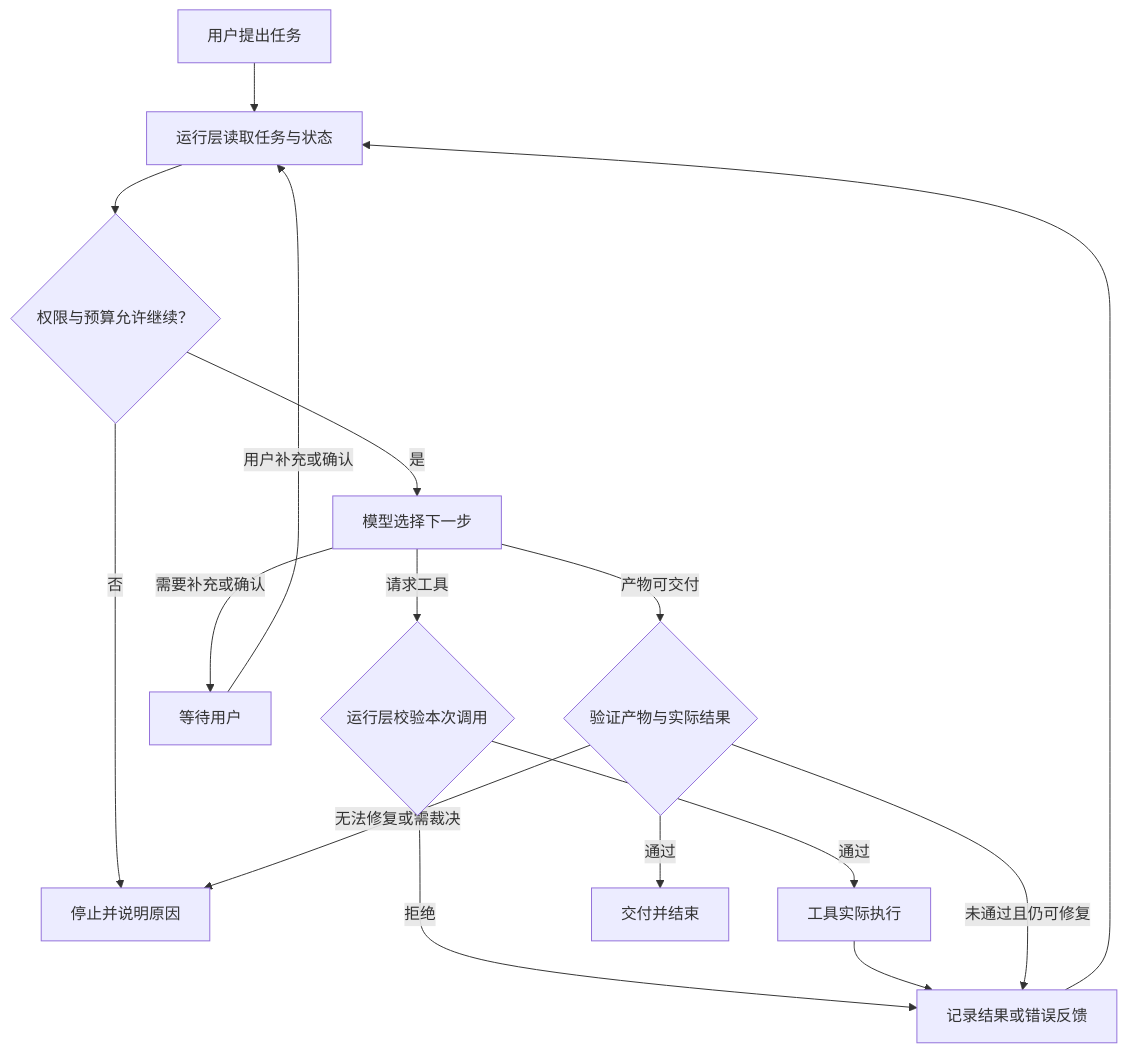
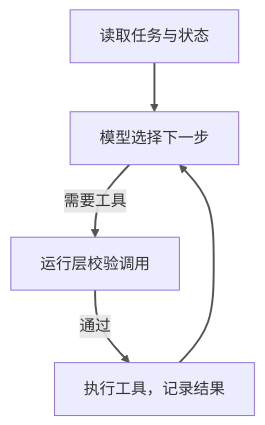
One commit to junheng/digitalgarden changed the first of 2 diagrams in src/site/notes/03 - Resources/Published/Agent 应用指南/01 - Agent 如何工作.md. Above: the diagram before and after it, drawn with Mermaid. The commit also changed other lines of this file and 4 other files, not shown here.

````diff
--- a/src/site/notes/03 - Resources/Published/Agent 应用指南/01 - Agent 如何工作.md
+++ b/src/site/notes/03 - Resources/Published/Agent 应用指南/01 - Agent 如何工作.md
@@ -50,18 +51,8 @@
 ```mermaid
 flowchart TD
-    A["用户提出任务"] --> B["运行层读取任务与状态"]
-    B --> G{"权限与预算允许继续？"}
-    G -->|否| H["停止并说明原因"]
-    G -->|是| C["模型选择下一步"]
-    C -->|请求工具| D{"运行层校验本次调用"}
-    D -->|通过| E["工具实际执行"]
-    D -->|拒绝| F["记录结果或错误反馈"]
-    E --> F
-    F --> B
-    C -->|需要补充或确认| I["等待用户"]
-    I -->|用户补充或确认| B
-    C -->|产物可交付| J{"验证产物与实际结果"}
-    J -->|通过| K["交付并结束"]
-    J -->|未通过且仍可修复| F
-    J -->|无法修复或需裁决| H
+    A["读取任务与状态"] --> B["模型选择下一步"]
+    B -->|需要工具| C["运行层校验调用"]
+    C -->|通过| D["执行工具，记录结果"]
+    D --> B
+    linkStyle default stroke:#555,stroke-width:2px;
 ```
````
